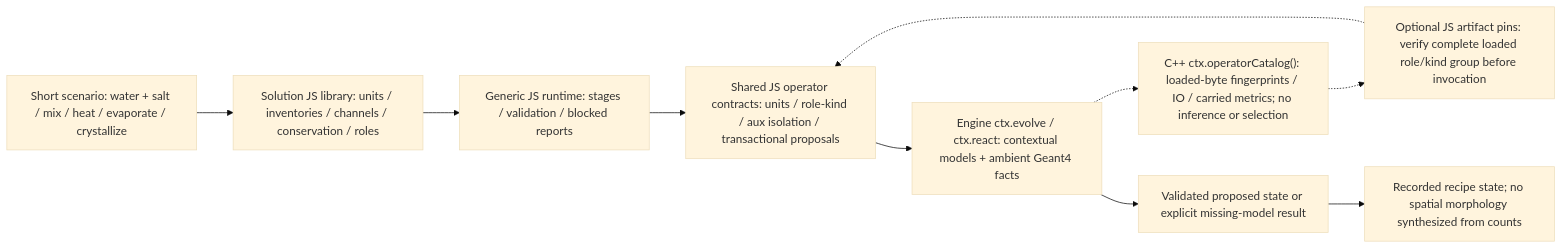
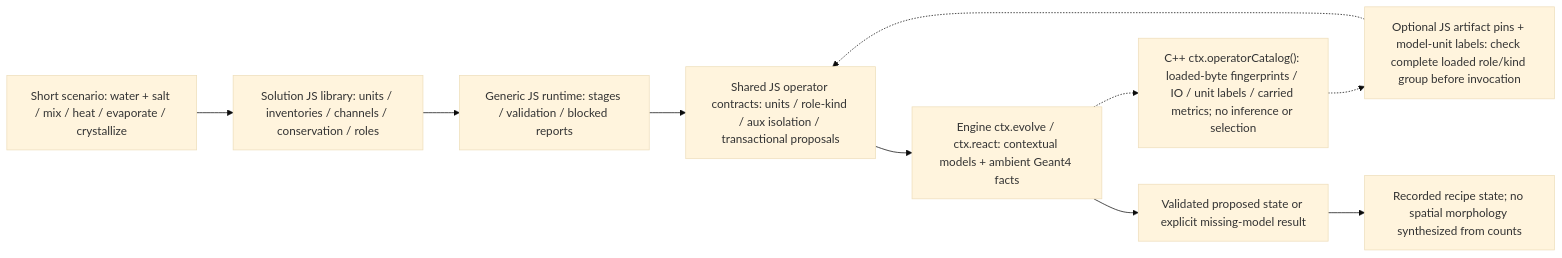
The third of 38 diagrams in CHARTS.md (Geckos-Ink/trech), drawn with Mermaid (base theme) before and after one commit. The commit also changed 12 other files, not shown here.

Commit message:
Add model unit contracts to reusable process bindings

````diff
--- a/CHARTS.md
+++ b/CHARTS.md
@@ -37,12 +37,12 @@
 ```mermaid
 flowchart LR
   S["Short scenario: water + salt / mix / heat / evaporate / crystallize"] --> D["Solution JS library: units / inventories / channels / conservation / roles"]
   D --> R["Generic JS runtime: stages / validation / blocked reports"]
   R --> B["Shared JS operator contracts: units / role-kind / aux isolation / transactional proposals"]
   B --> E["Engine ctx.evolve / ctx.react: contextual models + ambient Geant4 facts"]
-  E -.-> C["C++ ctx.operatorCatalog(): loaded-byte fingerprints / IO / carried metrics; no inference or selection"]
-  C -.-> P["Optional JS artifact pins: verify complete loaded role/kind group before invocation"]
+  E -.-> C["C++ ctx.operatorCatalog(): loaded-byte fingerprints / IO / unit labels / carried metrics; no inference or selection"]
+  C -.-> P["Optional JS artifact pins + model-unit labels: check complete loaded role/kind group before invocation"]
   P -.-> B
   E --> V["Validated proposed state or explicit missing-model result"]
   V --> O["Recorded recipe state; no spatial morphology synthesized from counts"]
 ```
````
